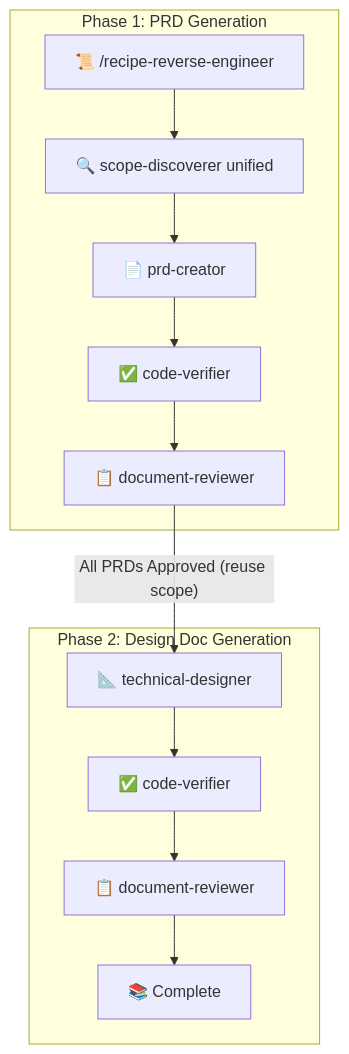
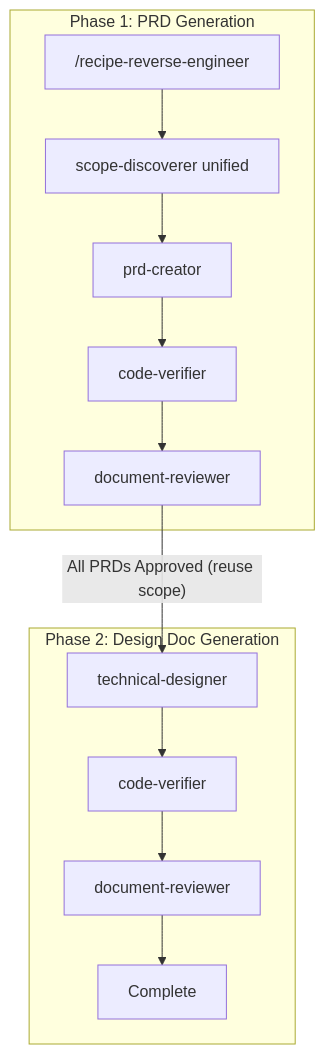
The third of 3 diagrams in README.md (shinpr/claude-code-workflows), drawn with Mermaid before and after one commit. The commit also changed other lines of this file and 5 other files, not shown here.

````diff
--- a/README.md
+++ b/README.md
@@ -167,17 +153,17 @@
 ```mermaid
 graph TB
     subgraph Phase1[Phase 1: PRD Generation]
-        CMD[📜 /recipe-reverse-engineer] --> SD[🔍 scope-discoverer unified]
-        SD --> PRD[📄 prd-creator]
-        PRD --> CV1[✅ code-verifier]
-        CV1 --> DR1[📋 document-reviewer]
+        CMD["/recipe-reverse-engineer"] --> SD[scope-discoverer unified]
+        SD --> PRD[prd-creator]
+        PRD --> CV1[code-verifier]
+        CV1 --> DR1[document-reviewer]
     end
 
     subgraph Phase2[Phase 2: Design Doc Generation]
-        TD[📐 technical-designer] --> CV2[✅ code-verifier]
-        CV2 --> DR2[📋 document-reviewer]
-        DR2 --> DONE[📚 Complete]
+        TD[technical-designer] --> CV2[code-verifier]
+        CV2 --> DR2[document-reviewer]
+        DR2 --> DONE[Complete]
     end
 
     DR1 --> |"All PRDs Approved (reuse scope)"| TD
 ```
````
